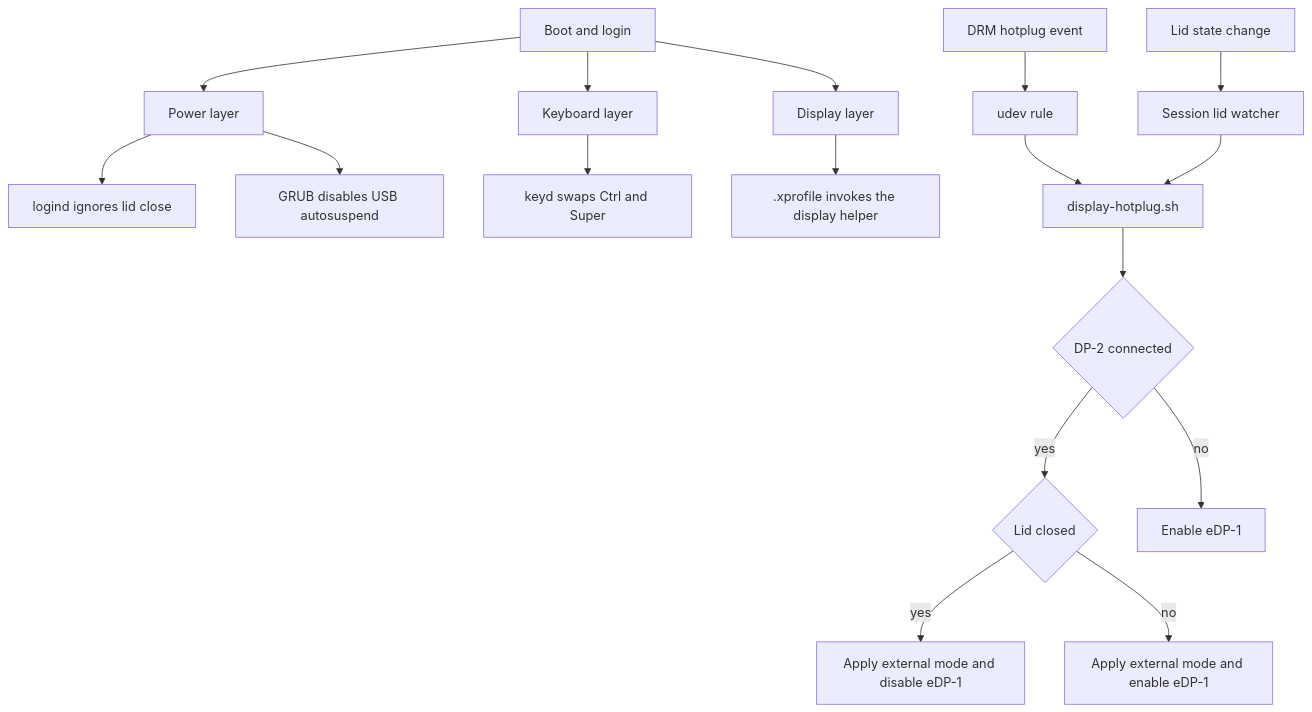
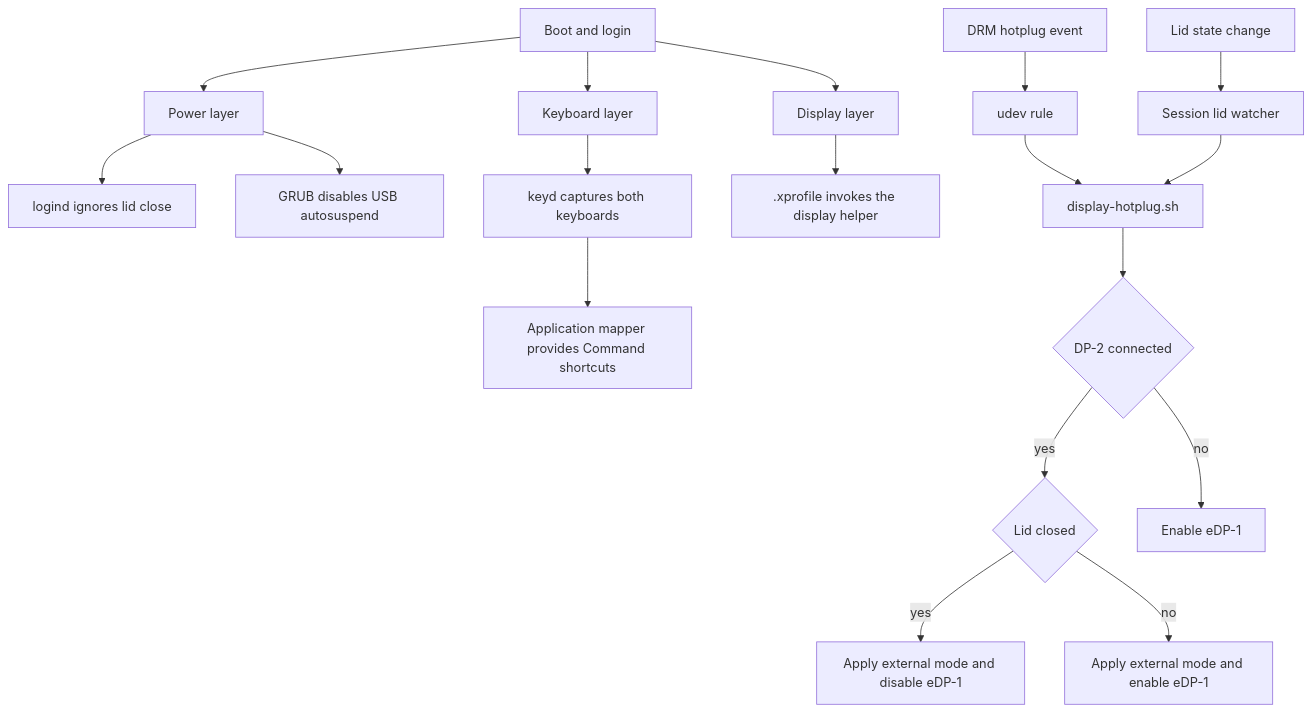
The diagram in doc/linux-mint-macbook.md (realdavidvega/dotfiles), drawn with Mermaid before and after one commit. The commit also changed other lines of this file and 7 other files, not shown here.

````diff
--- a/doc/linux-mint-macbook.md
+++ b/doc/linux-mint-macbook.md
@@ -12,19 +12,20 @@
 ```mermaid
 flowchart TD
   boot[Boot and login] --> power[Power layer]
   boot --> keyboard[Keyboard layer]
   boot --> display[Display layer]
   power --> lid[logind ignores lid close]
   power --> usb[GRUB disables USB autosuspend]
-  keyboard --> keyd[keyd swaps Ctrl and Super]
+  keyboard --> keyd[keyd captures both keyboards]
+  keyd --> mapper[Application mapper provides Command shortcuts]
   display --> xprofile[.xprofile invokes the display helper]
   hotplug[DRM hotplug event] --> udev[udev rule]
   udev --> script[display-hotplug.sh]
   lidchange[Lid state change] --> watcher[Session lid watcher]
   watcher --> script
   script --> connected{DP-2 connected}
   connected -->|yes| lidstate{Lid closed}
   lidstate -->|yes| external[Apply external mode and disable eDP-1]
   lidstate -->|no| dual[Apply external mode and enable eDP-1]
   connected -->|no| internal[Enable eDP-1]
 ```
````
